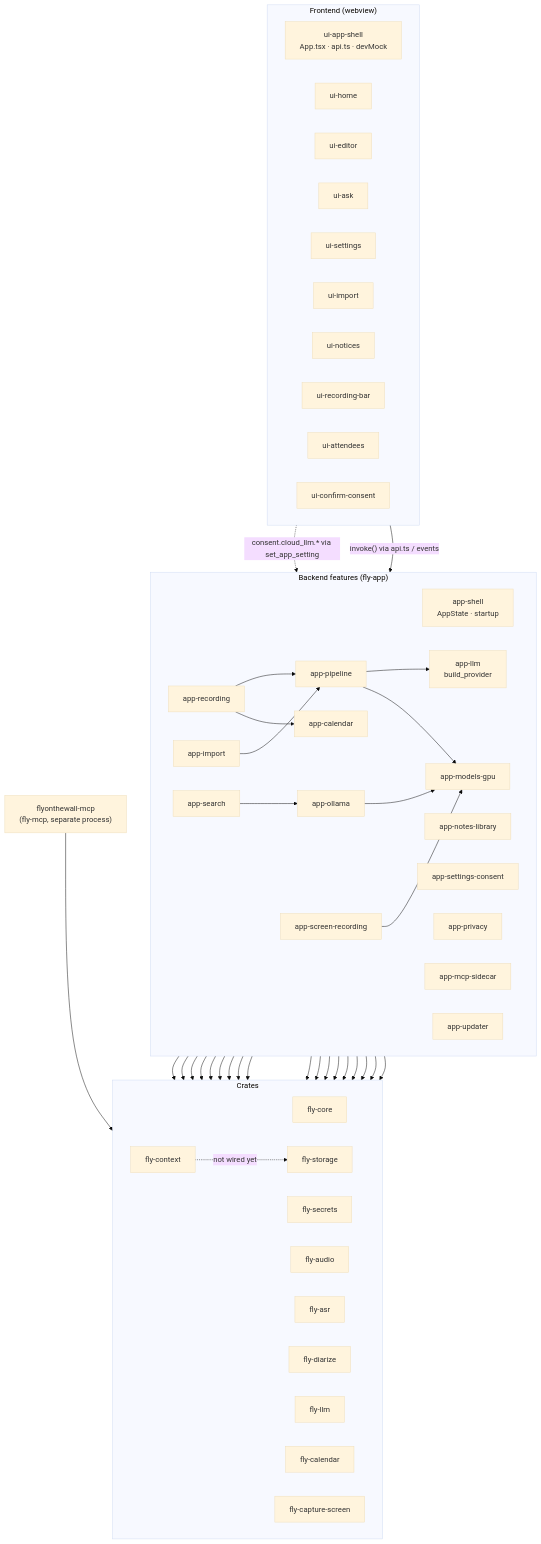
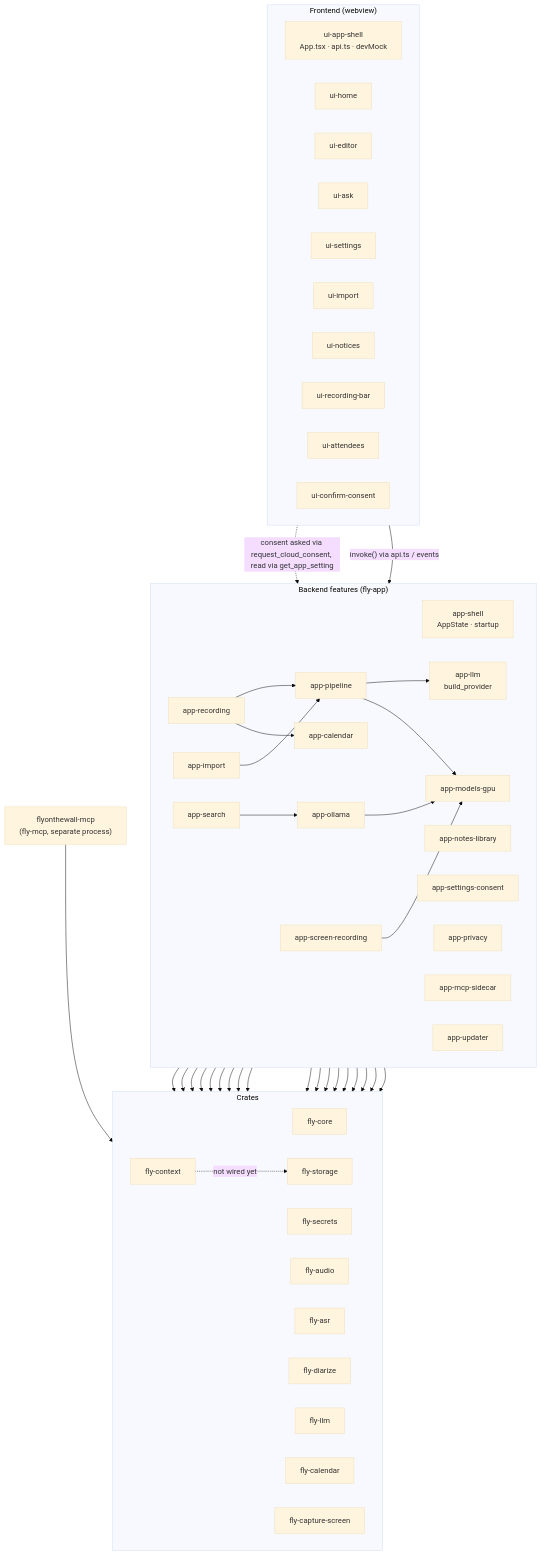
The second of 2 diagrams in docs/components/README.md (swarnavspujari/fly-on-the-wall), drawn with Mermaid (base theme) before and after one commit. The commit also changed other lines of this file and 32 other files, not shown here.

First line of the commit message:
docs(components): describe backend-only cloud consent

````diff
--- a/docs/components/README.md
+++ b/docs/components/README.md
@@ -115,73 +115,73 @@
 ```mermaid
 flowchart TB
   subgraph FE["Frontend (webview)"]
     direction LR
     uiShell["ui-app-shell<br/>App.tsx · api.ts · devMock"]
     uiHome["ui-home"]
     uiEditor["ui-editor"]
     uiAsk["ui-ask"]
     uiSettings["ui-settings"]
     uiImport["ui-import"]
     uiNotices["ui-notices"]
     uiRec["ui-recording-bar"]
     uiAtt["ui-attendees"]
     uiConfirm["ui-confirm-consent"]
   end
 
   subgraph BE["Backend features (fly-app)"]
     direction LR
     shell["app-shell<br/>AppState · startup"]
     notes["app-notes-library"]
     search["app-search"]
     settings["app-settings-consent"]
     rec["app-recording"]
     pipe["app-pipeline"]
     imp["app-import"]
     llmApp["app-llm<br/>build_provider"]
     calApp["app-calendar"]
     priv["app-privacy"]
     models["app-models-gpu"]
     oll["app-ollama"]
     mcpCfg["app-mcp-sidecar"]
     screen["app-screen-recording"]
     upd["app-updater"]
   end
 
   subgraph CR["Crates"]
     direction LR
     core["fly-core"]
     sto["fly-storage"]
     sec["fly-secrets"]
     audio["fly-audio"]
     asr["fly-asr"]
     diar["fly-diarize"]
     llm["fly-llm"]
     cal["fly-calendar"]
     cap["fly-capture-screen"]
     ctx["fly-context"]
   end
 
   mcpBin["flyonthewall-mcp<br/>(fly-mcp, separate process)"]
 
   FE -- "invoke() via api.ts / events" --> BE
-  uiConfirm -. "consent.cloud_llm.* via set_app_setting" .-> settings
+  uiConfirm -. "consent asked via request_cloud_consent, read via get_app_setting" .-> settings
 
   rec --> audio & pipe
   rec --> calApp
   pipe --> asr & diar & core & sto
   pipe --> llmApp
   imp --> pipe
   llmApp --> llm & sec & sto
   search --> oll
   oll --> models
   pipe --> models
   screen --> cap & models
   calApp --> cal & sec
   priv --> sto & sec
   notes --> sto
   settings --> sto
   shell --> sto & sec & audio
 
   mcpBin --> sto
   ctx -. "not wired yet" .-> sto
 ```
````
